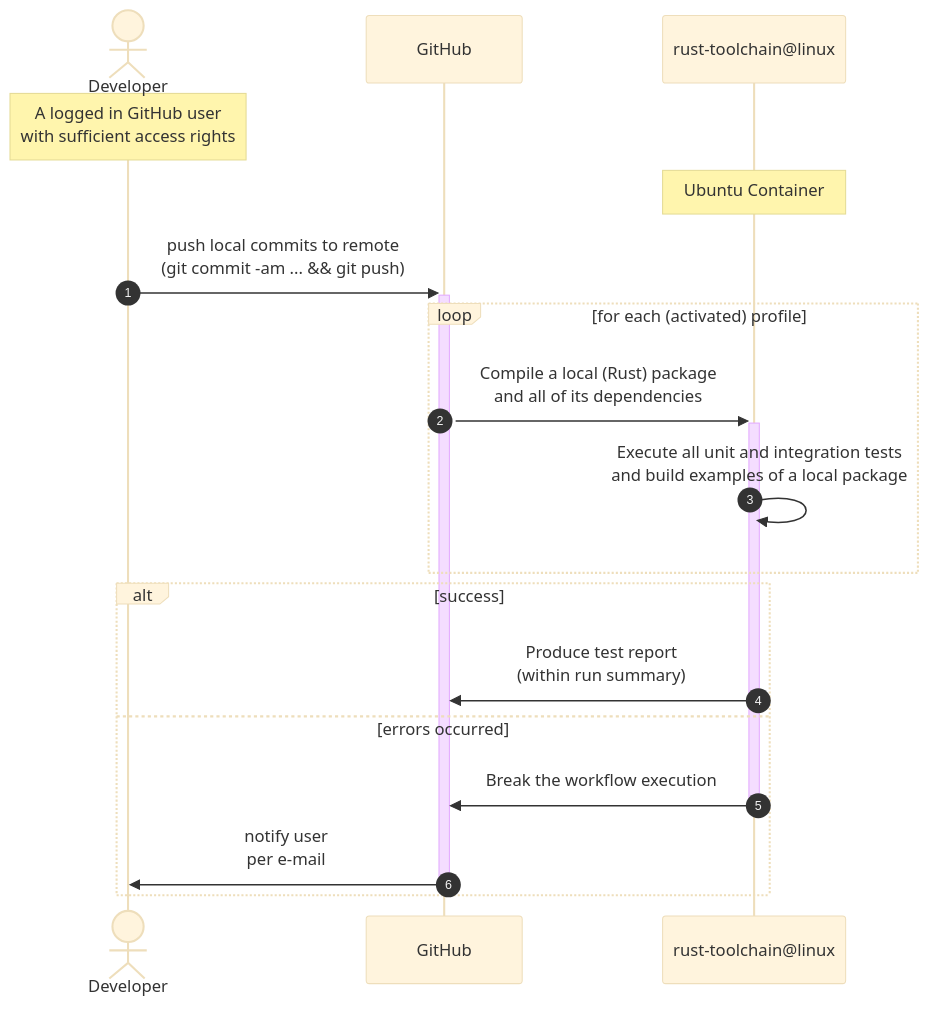
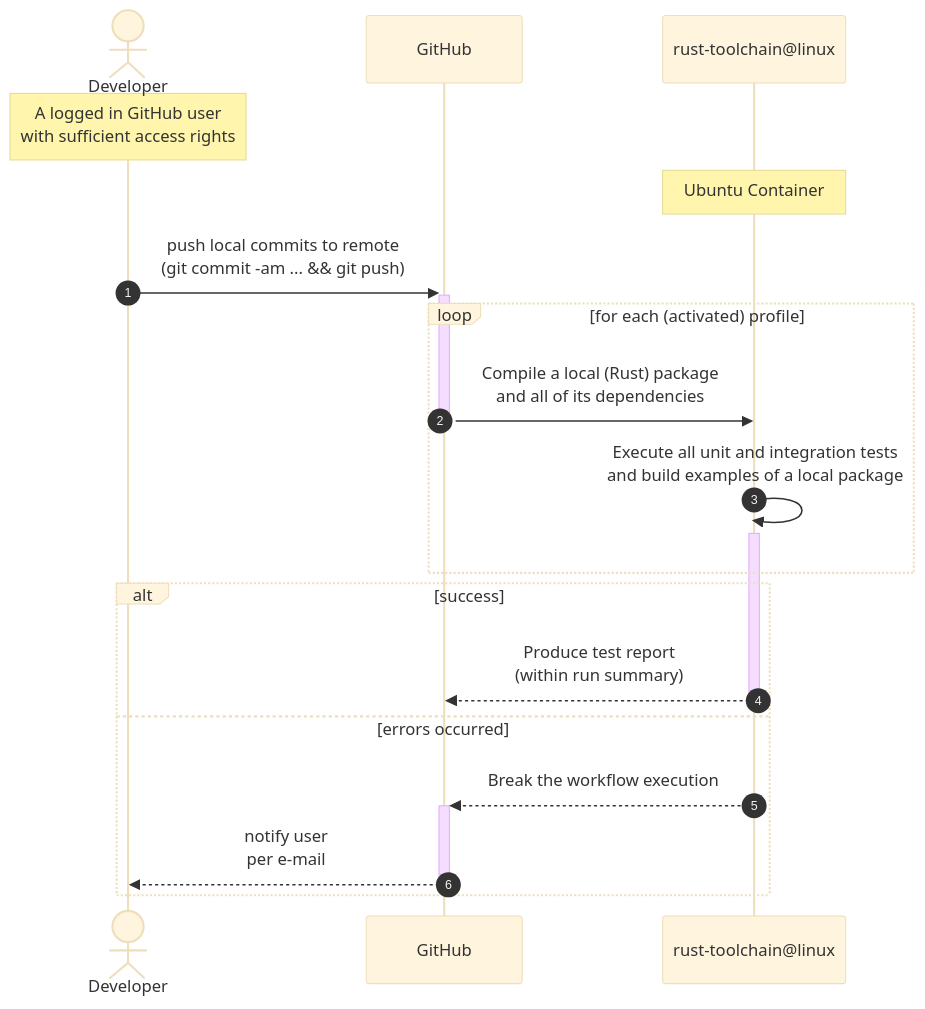
One commit to swiyu-admin-ch/github-actions-workflows changed the third of 4 diagrams in README.md. Above: the diagram before and after it, drawn with Mermaid (base theme). The commit also changed other lines of this file, not shown here.

````diff
--- a/README.md
+++ b/README.md
@@ -82,25 +82,25 @@
 ```mermaid
 sequenceDiagram
     autonumber
 
     actor dev as Developer
-    participant gh as GitHub
-    participant rust   as rust-toolchain@linux
+    participant gh   as GitHub
+    participant rust as rust-toolchain@linux
 
     Note over dev: A logged in GitHub user<br> with sufficient access rights
     Note over rust,rust: Ubuntu Container
 
-    dev    ->>+ gh: push local commits to remote<br>(git commit -am ... && git push)
+    dev ->>+ gh: push local commits to remote<br>(git commit -am ... && git push)
 
     loop for each (activated) profile
-        gh     ->>+ rust: Compile a local (Rust) package<br> and all of its dependencies
-        rust   ->> rust: Execute all unit and integration tests<br> and build examples of a local package
+        gh   ->>- rust: Compile a local (Rust) package<br> and all of its dependencies
+        rust ->>+ rust: Execute all unit and integration tests<br> and build examples of a local package
     end
 
     alt success
-        rust ->> gh: Produce test report<br> (within run summary)
+        rust -->>- gh: Produce test report<br> (within run summary)
     else errors occurred
-        rust ->>- gh: Break the workflow execution
-        gh   ->>- dev: notify user<br>per e-mail
+        rust -->>+ gh: Break the workflow execution
+        gh   -->>- dev: notify user<br>per e-mail
     end
 ```
````
